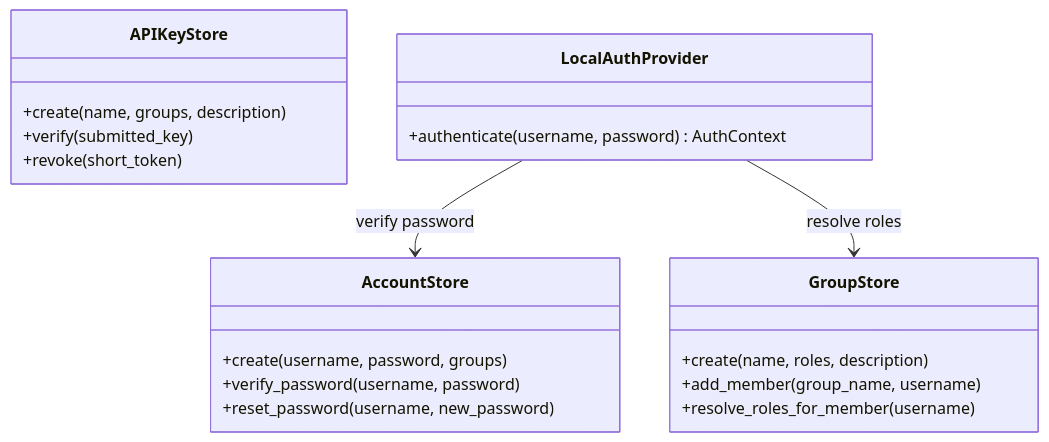
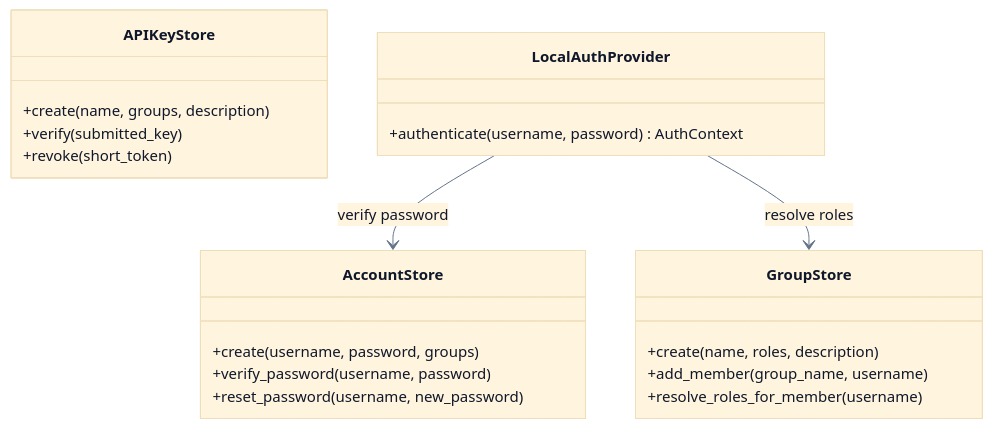
Before and after one commit to hyperi-io/dfe-engine: the fourth of 8 diagrams in docs/control-plane/rbac.md, drawn with Mermaid. The commit also changed other lines of this file and 73 other files, not shown here.

````diff
--- a/docs/control-plane/rbac.md
+++ b/docs/control-plane/rbac.md
@@ -492,25 +501,45 @@
 ```mermaid
+---
+config:
+  theme: base
+  fontFamily: Inter, -apple-system, Segoe UI, Roboto, Helvetica, Arial, sans-serif
+  themeVariables:
+    fontSize: 15px
+    lineColor: "#64748B"
+    primaryTextColor: "#0F172A"
+    actorBkg: "#FFFFFF"
+    actorBorder: "#94A3B8"
+    actorTextColor: "#0F172A"
+    actorLineColor: "#64748B"
+    signalColor: "#64748B"
+    signalTextColor: "#0F172A"
+    noteBkgColor: "#FFFFFF"
+    noteBorderColor: "#94A3B8"
+    noteTextColor: "#0F172A"
+  themeCSS: >-
+    .messageText{paint-order:stroke;stroke:#FFFFFF;stroke-width:3px;stroke-linejoin:round}
+---
 classDiagram
     accTitle: L4 Detail -- Auth stores
     accDescr: AccountStore, GroupStore and APIKeyStore are YAML-backed stores with one file per entity. LocalAuthProvider verifies a password through AccountStore and resolves roles through GroupStore.
     class AccountStore {
         +create(username, password, groups)
         +verify_password(username, password)
         +reset_password(username, new_password)
     }
     class GroupStore {
         +create(name, roles, description)
         +add_member(group_name, username)
         +resolve_roles_for_member(username)
     }
     class APIKeyStore {
         +create(name, groups, description)
         +verify(submitted_key)
         +revoke(short_token)
     }
     class LocalAuthProvider {
         +authenticate(username, password) AuthContext
     }
     LocalAuthProvider --> AccountStore : verify password
     LocalAuthProvider --> GroupStore : resolve roles
 ```
````
